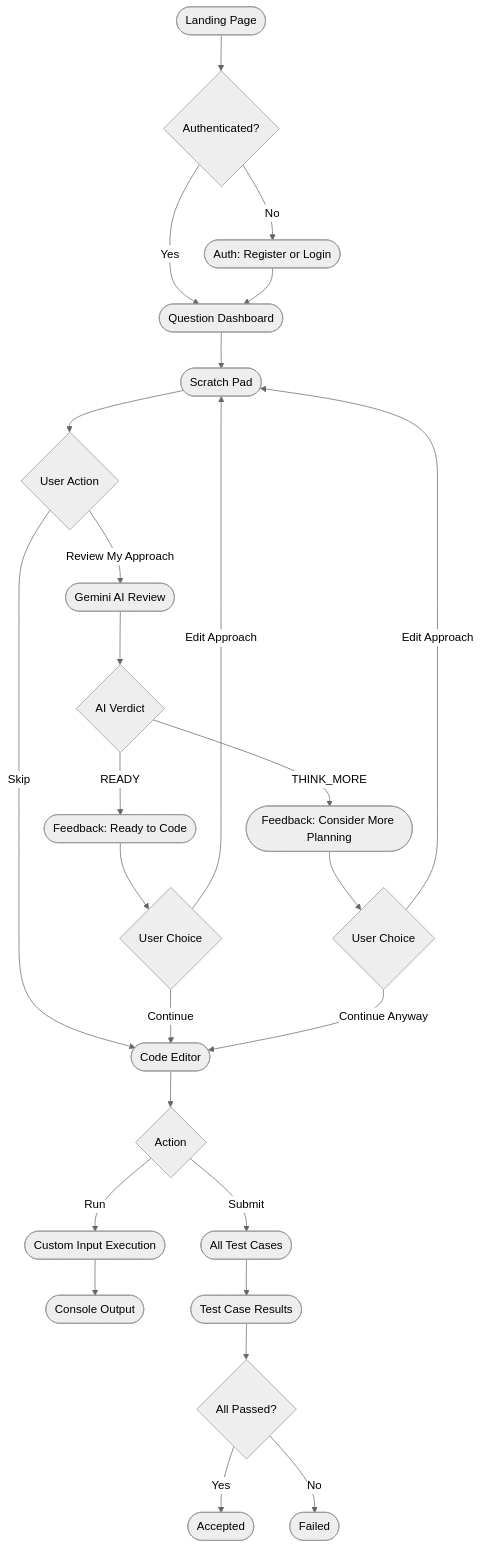
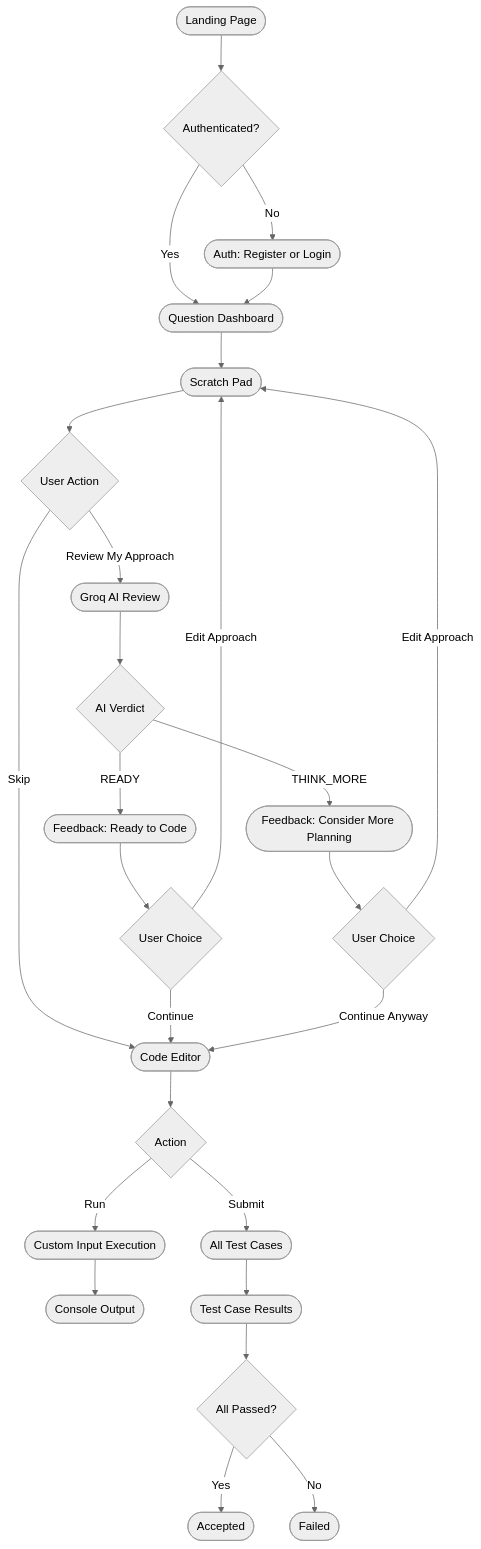
Before and after one commit to yatinsingh2007/VintiCode: the first of 6 diagrams in README.md, drawn with Mermaid (neutral theme). The commit also changed other lines of this file and 1 other file, not shown here.

Commit message:
refactor: replace Gemini 1.5 Flash with Llama 3.1 8B via Groq for AI approach reviews

````diff
--- a/README.md
+++ b/README.md
@@ -83,35 +83,35 @@
 ```mermaid
 flowchart TD
     A([Landing Page]) --> B{Authenticated?}
     B -- Yes --> D
     B -- No --> C([Auth: Register or Login])
     C --> D([Question Dashboard])
     D --> E([Scratch Pad])
 
     E --> F{User Action}
     F -- Skip --> H
-    F -- Review My Approach --> G([Gemini AI Review])
+    F -- Review My Approach --> G([Groq AI Review])
 
     G --> G1{AI Verdict}
     G1 -- READY --> G2([Feedback: Ready to Code])
     G1 -- THINK_MORE --> G3([Feedback: Consider More Planning])
 
     G2 --> H1{User Choice}
     G3 --> H2{User Choice}
 
     H1 -- Continue --> H
     H1 -- Edit Approach --> E
     H2 -- Continue Anyway --> H
     H2 -- Edit Approach --> E
 
     H([Code Editor])
     H --> I{Action}
     I -- Run --> J([Custom Input Execution])
     I -- Submit --> K([All Test Cases])
 
     J --> L([Console Output])
     K --> M([Test Case Results])
     M --> N{All Passed?}
     N -- Yes --> O([Accepted])
     N -- No --> P([Failed])
 ```
````
